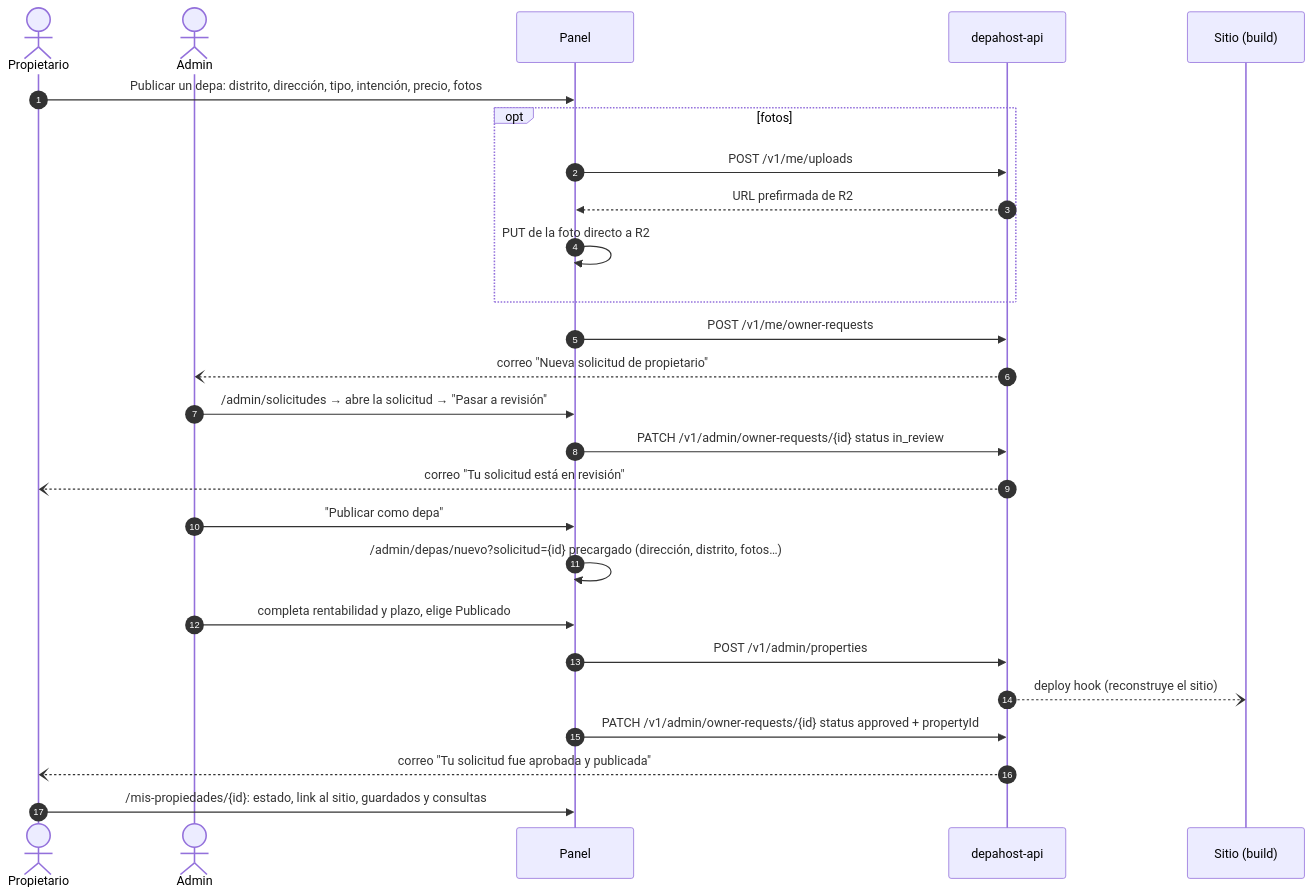
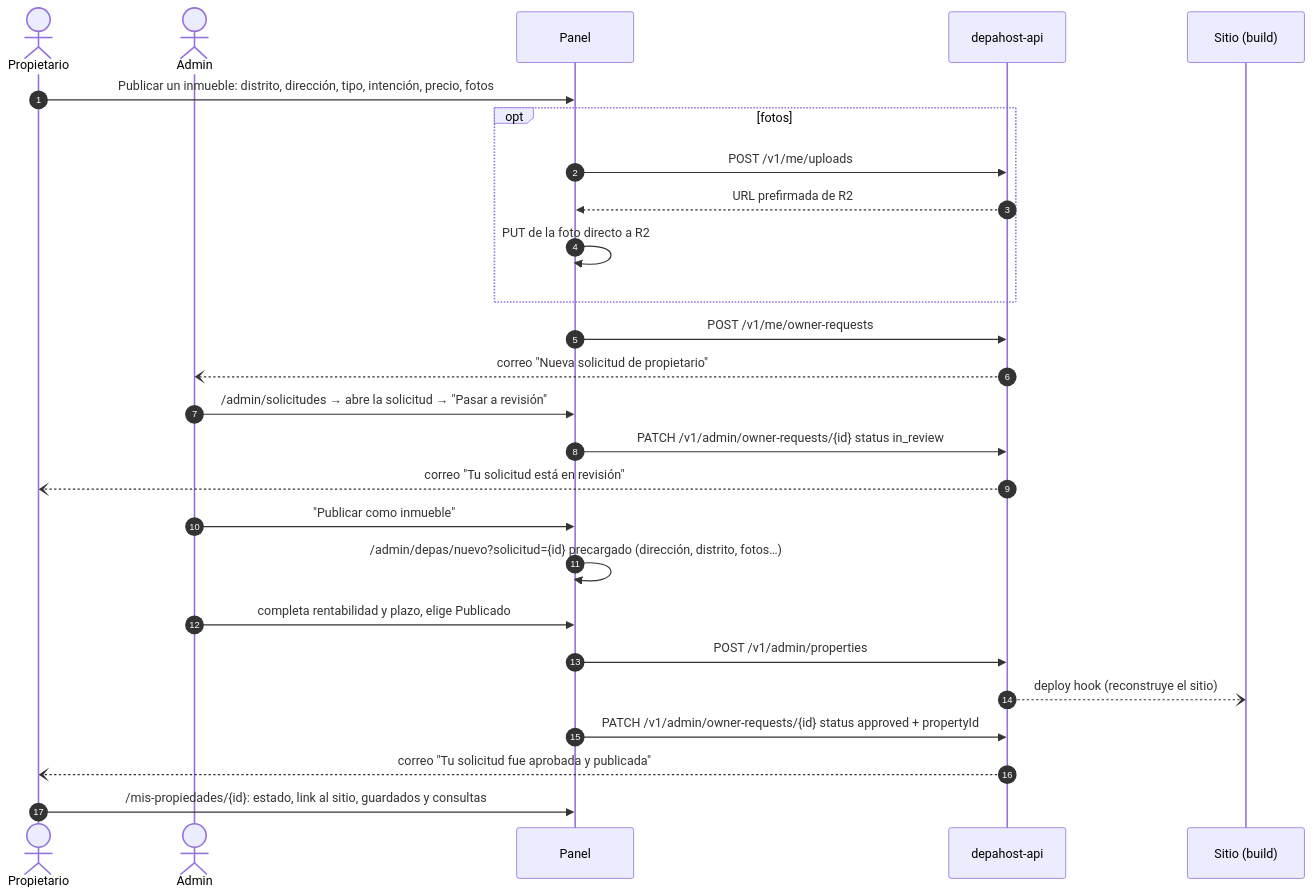
The eighth of 8 diagrams in docs/plataforma/08-panel-y-cuentas.md (samirharrytl/DHC_landing), drawn with Mermaid before and after one commit. The commit also changed other lines of this file and 72 other files, not shown here.

````diff
--- a/docs/plataforma/08-panel-y-cuentas.md
+++ b/docs/plataforma/08-panel-y-cuentas.md
@@ -272,29 +272,29 @@
 ```mermaid
 sequenceDiagram
     autonumber
     actor PR as Propietario
     actor AD as Admin
     participant UI as Panel
     participant API as depahost-api
     participant H as Sitio (build)
 
-    PR->>UI: Publicar un depa: distrito, dirección, tipo, intención, precio, fotos
+    PR->>UI: Publicar un inmueble: distrito, dirección, tipo, intención, precio, fotos
     opt fotos
         UI->>API: POST /v1/me/uploads
         API-->>UI: URL prefirmada de R2
         UI->>UI: PUT de la foto directo a R2
     end
     UI->>API: POST /v1/me/owner-requests
     API--)AD: correo "Nueva solicitud de propietario"
     AD->>UI: /admin/solicitudes → abre la solicitud → "Pasar a revisión"
     UI->>API: PATCH /v1/admin/owner-requests/{id} status in_review
     API--)PR: correo "Tu solicitud está en revisión"
-    AD->>UI: "Publicar como depa"
+    AD->>UI: "Publicar como inmueble"
     UI->>UI: /admin/depas/nuevo?solicitud={id} precargado (dirección, distrito, fotos…)
     AD->>UI: completa rentabilidad y plazo, elige Publicado
     UI->>API: POST /v1/admin/properties
     API--)H: deploy hook (reconstruye el sitio)
     UI->>API: PATCH /v1/admin/owner-requests/{id} status approved + propertyId
     API--)PR: correo "Tu solicitud fue aprobada y publicada"
     PR->>UI: /mis-propiedades/{id}: estado, link al sitio, guardados y consultas
 ```
````
